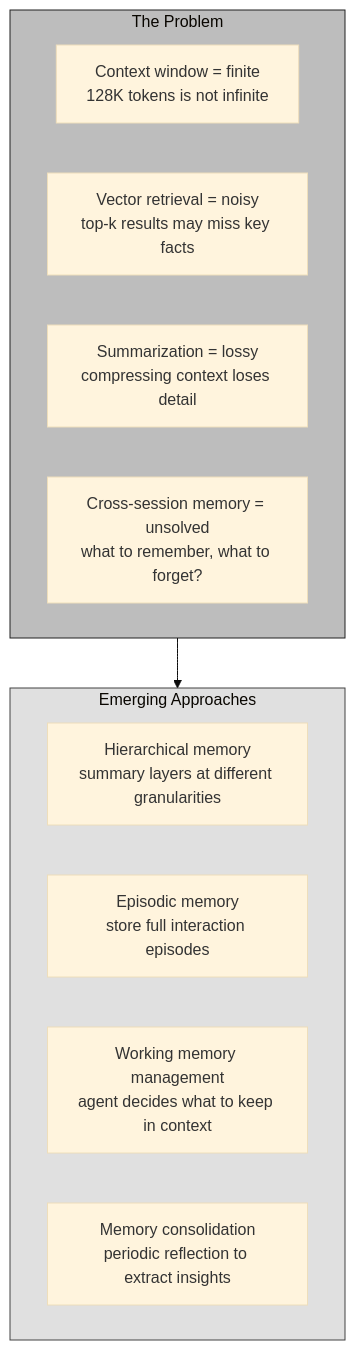
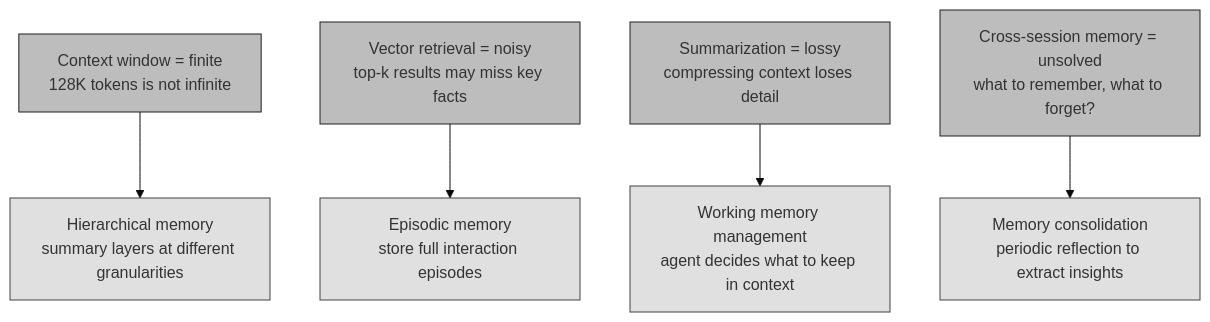
The ninth of 13 diagrams in docs/posts/09-deep-challenges.md (Shekharrajak/agent-design-patterns), drawn with Mermaid (base theme) before and after one commit. The commit also changed other lines of this file and 7 other files, not shown here.

Commit message:
fix: resolve Mermaid rendering issues across all chapters

````diff
--- a/docs/posts/09-deep-challenges.md
+++ b/docs/posts/09-deep-challenges.md
@@ -236,21 +208,16 @@
 ```mermaid
 graph TD
-    subgraph PROBLEM["The Problem"]
-        P1["Context window = finite<br/>128K tokens is not infinite"]
-        P2["Vector retrieval = noisy<br/>top-k results may miss key facts"]
-        P3["Summarization = lossy<br/>compressing context loses detail"]
-        P4["Cross-session memory = unsolved<br/>what to remember, what to forget?"]
-    end
+    P1["Context window = finite<br/>128K tokens is not infinite"] --> A1["Hierarchical memory<br/>summary layers at different granularities"]
+    P2["Vector retrieval = noisy<br/>top-k results may miss key facts"] --> A2["Episodic memory<br/>store full interaction episodes"]
+    P3["Summarization = lossy<br/>compressing context loses detail"] --> A3["Working memory management<br/>agent decides what to keep in context"]
+    P4["Cross-session memory = unsolved<br/>what to remember, what to forget?"] --> A4["Memory consolidation<br/>periodic reflection to extract insights"]
 
-    subgraph APPROACHES["Emerging Approaches"]
-        A1["Hierarchical memory<br/>summary layers at different granularities"]
-        A2["Episodic memory<br/>store full interaction episodes"]
-        A3["Working memory management<br/>agent decides what to keep in context"]
-        A4["Memory consolidation<br/>periodic reflection to extract insights"]
-    end
-
-    PROBLEM --> APPROACHES
-
-    style PROBLEM fill:#bdbdbd,stroke:#212121
-    style APPROACHES fill:#e0e0e0,stroke:#424242
+    style P1 fill:#bdbdbd,stroke:#212121
+    style P2 fill:#bdbdbd,stroke:#212121
+    style P3 fill:#bdbdbd,stroke:#212121
+    style P4 fill:#bdbdbd,stroke:#212121
+    style A1 fill:#e0e0e0,stroke:#424242
+    style A2 fill:#e0e0e0,stroke:#424242
+    style A3 fill:#e0e0e0,stroke:#424242
+    style A4 fill:#e0e0e0,stroke:#424242
 ```
````
